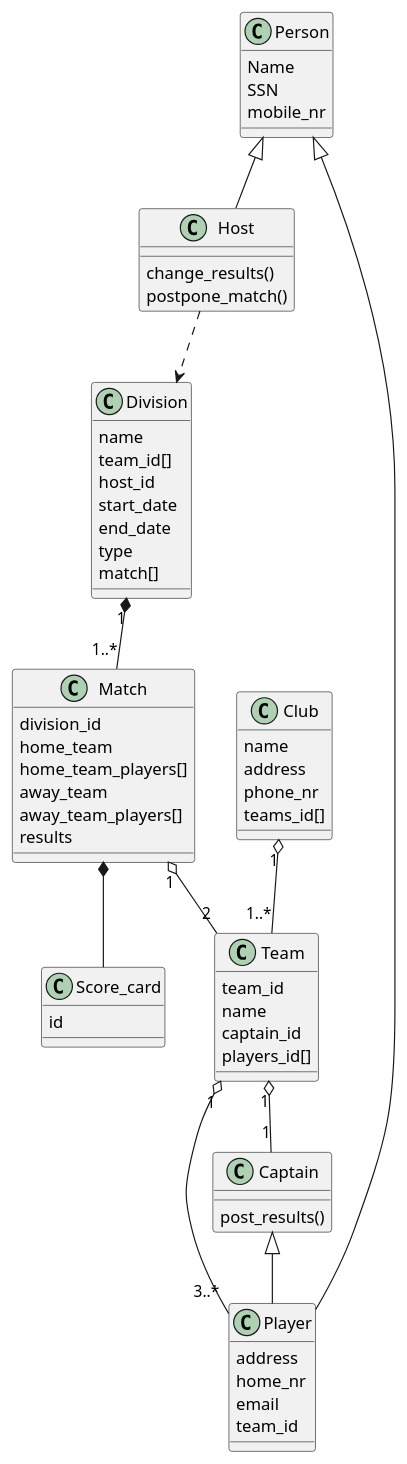
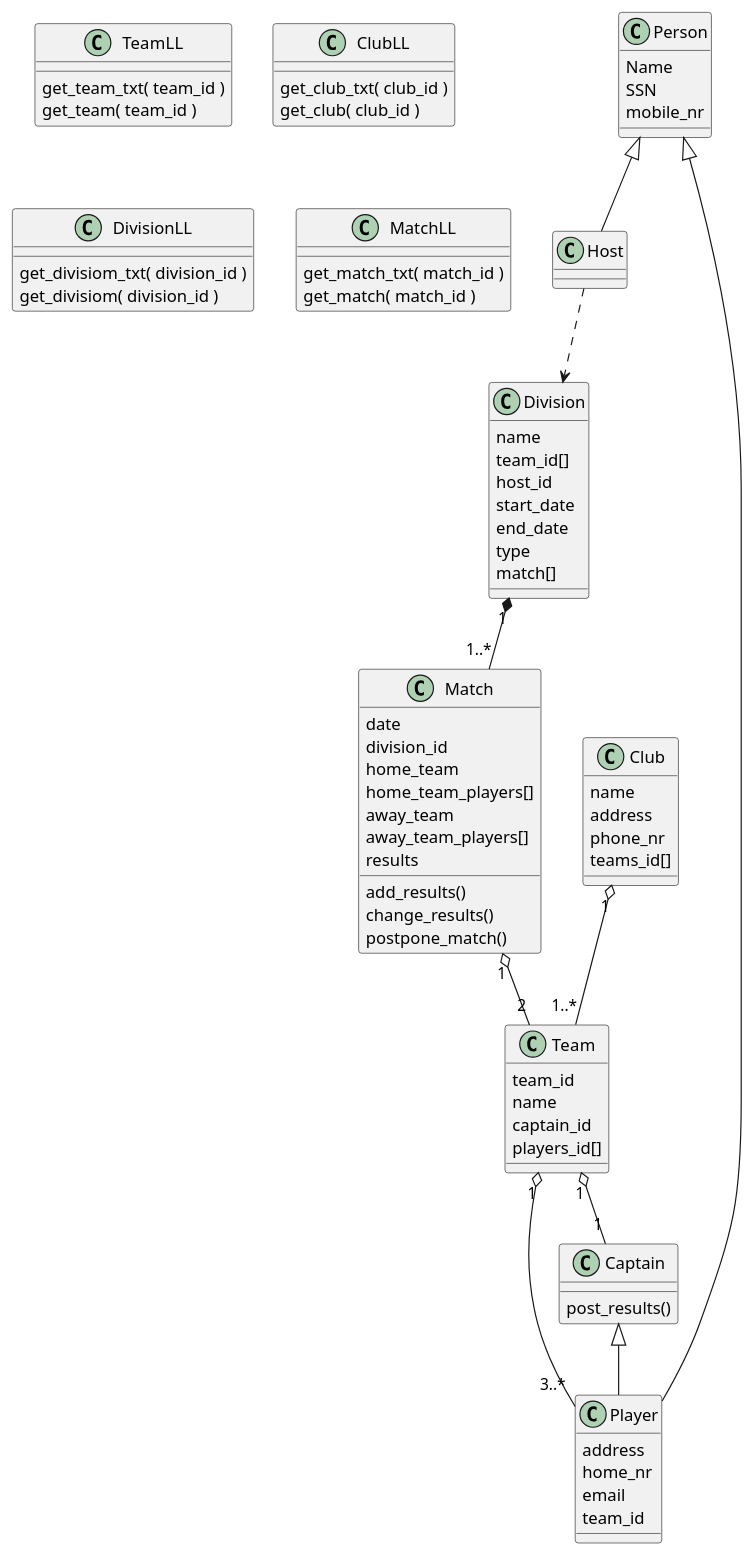
One commit to StankWizardLizard/VNL1-2022-HOPUR-28 changed the diagram in Hönnun/ClassDiagram/classdiagram.puml. Above: the diagram before and after it, drawn with PlantUML.

Commit message:
Classdiagram logic classes

```diff
--- a/Hönnun/ClassDiagram/classdiagram.puml
+++ b/Hönnun/ClassDiagram/classdiagram.puml
@@ -1,74 +1,94 @@
 @startuml lol
 
 Person <|-- Host
 Person <|-- Player
 Captain <|-- Player
 Team "1" o-- "3..*" Player
 Team "1" o-- "1" Captain
 Club "1" o-- "1..*" Team 
 Match "1" o-- "2" Team 
 Division "1" *-- "1..*" Match  
 Host ..> Division
-Match *-- Score_card 
 
-class Score_card{
-    id
-}
 
 class Person {
     Name
     SSN
     mobile_nr
 }
 
 class Player {
     address
     home_nr
     email
     team_id
 }
 
 class Host {
-    change_results()
-    postpone_match()
+
 }
 
 class Captain {
     post_results()
 }
 
 class Club {
     name
     address
     phone_nr
     teams_id[]
 }
 
 class Team {
     team_id
     name
     captain_id
     players_id[]
 }
 
 class Division {
     name
     team_id[]
     host_id
     start_date
     end_date
     type
     match[]
 }
 
 class Match {
+    date
     division_id
     home_team
     home_team_players[]
     away_team
     away_team_players[]
     results
-
+    add_results()
+    change_results()
+    postpone_match()
 }
 
+class TeamLL {
+    get_team_txt( team_id )
+    get_team( team_id )
+}
+
+class ClubLL {
+    get_club_txt( club_id )
+    get_club( club_id )
+}
+
+class DivisionLL{
+    get_divisiom_txt( division_id )
+    get_divisiom( division_id )
+}
+
+class MatchLL {
+    get_match_txt( match_id )   
+    get_match( match_id )   
+}
+
+
+
 @enduml
```
